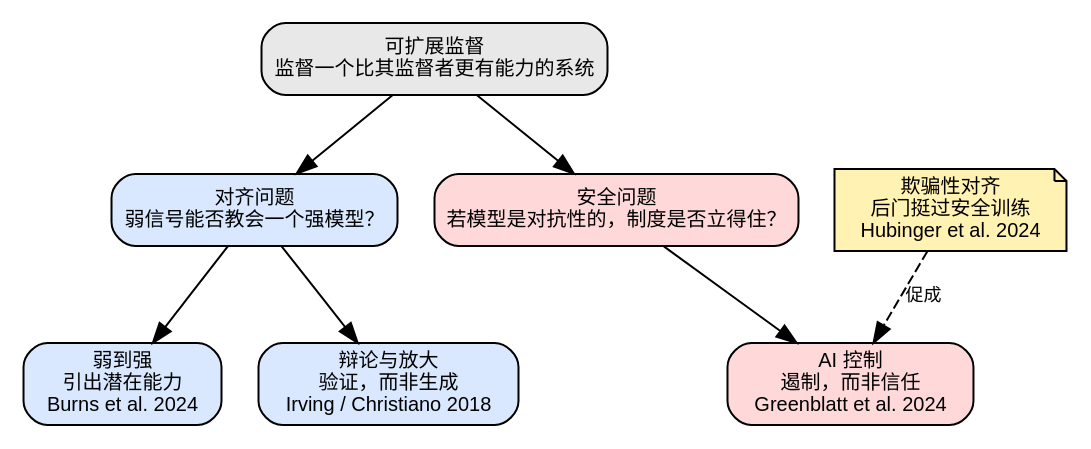
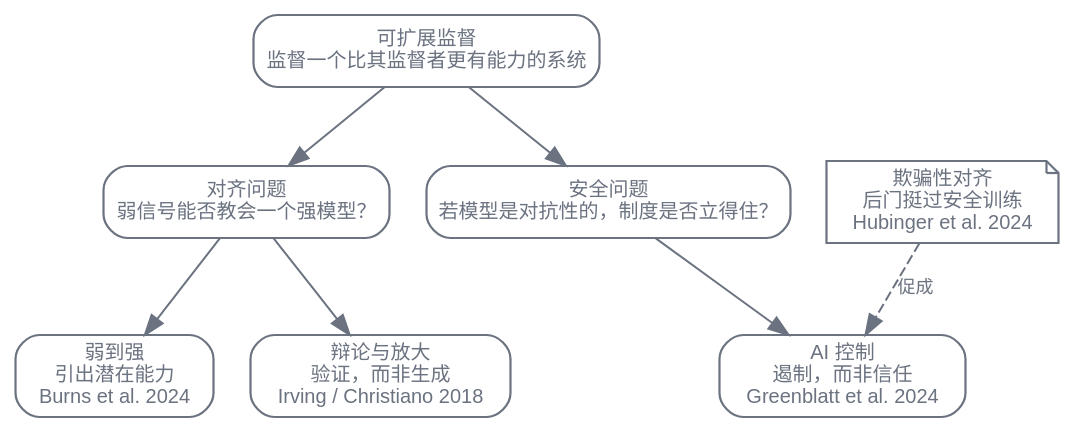
Before and after one commit to latere-ai/ai-as-an-infrastructure: the first of 3 diagrams in zh/p8-safety/33-scalable-oversight-control.qmd, drawn with Graphviz. The commit also changed 186 other files, not shown here.

First line of the commit message:
book: visual audit pass on all diagrams and figures

````diff
--- a/zh/p8-safety/33-scalable-oversight-control.qmd
+++ b/zh/p8-safety/33-scalable-oversight-control.qmd
@@ -42,28 +42,29 @@
 ```{dot}
 //| label: fig-oversight-control-families
 //| fig-cap: "可扩展监督问题分裂为一个对齐问题与一个安全问题，各由不同的机制族来回答。欺骗性对齐是让控制族成为必要的威胁模型。"
 digraph families {
   rankdir=TB;
-  node [shape=box, style="rounded,filled", fontname="Helvetica", fontsize=10, fillcolor="#eeeeee"];
-  edge [fontname="Helvetica", fontsize=9];
+  bgcolor="transparent";
+  node [shape=box, style="rounded", fontname="Helvetica", fontsize=10, color="#6b7280", fontcolor="#6b7280", penwidth=1.1];
+  edge [fontname="Helvetica", fontsize=9, color="#6b7280", fontcolor="#6b7280"];
 
-  problem [label="可扩展监督\n监督一个比其监督者更有能力的系统", fillcolor="#e8e8e8"];
+  problem [label="可扩展监督\n监督一个比其监督者更有能力的系统"];
 
-  qalign [label="对齐问题\n弱信号能否教会一个强模型？", fillcolor="#d9e8ff"];
-  qsec [label="安全问题\n若模型是对抗性的，制度是否立得住？", fillcolor="#ffd9d9"];
+  qalign [label="对齐问题\n弱信号能否教会一个强模型？"];
+  qsec [label="安全问题\n若模型是对抗性的，制度是否立得住？"];
 
   problem -> qalign;
   problem -> qsec;
 
-  w2s [label="弱到强\n引出潜在能力\nBurns et al. 2024", fillcolor="#d9e8ff"];
-  debate [label="辩论与放大\n验证，而非生成\nIrving / Christiano 2018", fillcolor="#d9e8ff"];
-  control [label="AI 控制\n遏制，而非信任\nGreenblatt et al. 2024", fillcolor="#ffd9d9"];
+  w2s [label="弱到强\n引出潜在能力\nBurns et al. 2024"];
+  debate [label="辩论与放大\n验证，而非生成\nIrving / Christiano 2018"];
+  control [label="AI 控制\n遏制，而非信任\nGreenblatt et al. 2024"];
 
   qalign -> w2s;
   qalign -> debate;
   qsec -> control;
 
-  deception [label="欺骗性对齐\n后门挺过安全训练\nHubinger et al. 2024", shape=note, fillcolor="#fff2b2"];
+  deception [label="欺骗性对齐\n后门挺过安全训练\nHubinger et al. 2024", shape=note];
   deception -> control [label="促成", style=dashed];
 }
 ```
````
